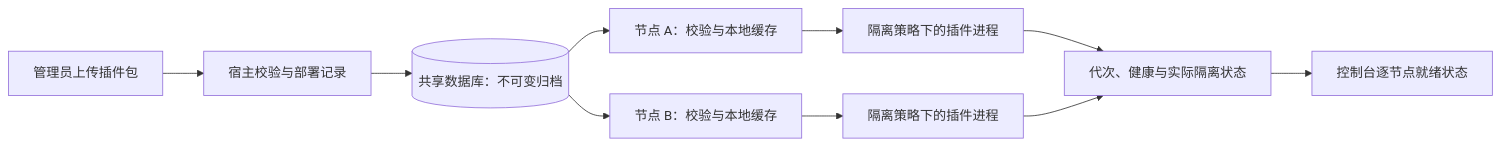
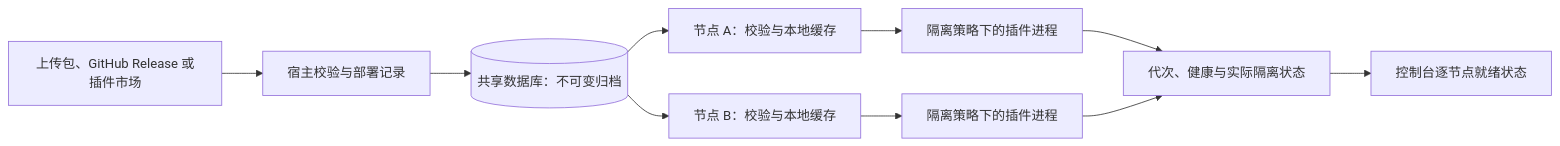
One commit to ChuqiCloud/AnyFlows changed the third of 3 diagrams in docs/project-strengths.md. Above: the diagram before and after it, drawn with Mermaid. The commit also changed other lines of this file and 17 other files, not shown here.

Commit message:
支持从 GitHub 仓库安装插件

````diff
--- a/docs/project-strengths.md
+++ b/docs/project-strengths.md
@@ -143,12 +143,12 @@
 ```mermaid
 flowchart LR
-    Upload[管理员上传插件包] --> Catalog[宿主校验与部署记录]
+    Install[上传包、GitHub Release 或插件市场] --> Catalog[宿主校验与部署记录]
     Catalog --> Archive[(共享数据库：不可变归档)]
     Archive --> CacheA[节点 A：校验与本地缓存]
     Archive --> CacheB[节点 B：校验与本地缓存]
     CacheA --> ProcessA[隔离策略下的插件进程]
     CacheB --> ProcessB[隔离策略下的插件进程]
     ProcessA --> Observations[代次、健康与实际隔离状态]
     ProcessB --> Observations
     Observations --> Console[控制台逐节点就绪状态]
 ```
````
